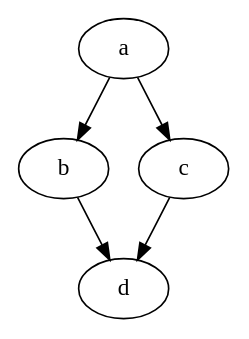
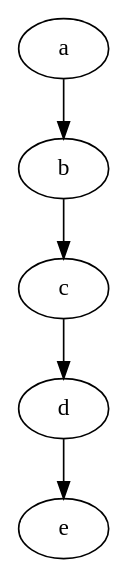
One commit to absternator/Task-Scheduler-Softeng306 changed the diagram in src/main/resources/graph1.dot. Above: the diagram before and after it, drawn with Graphviz.

Commit message:
add test case 1

```diff
--- a/src/main/resources/graph1.dot
+++ b/src/main/resources/graph1.dot
@@ -1,10 +1,11 @@
 digraph "example" {
-    a         [Weight=2];
-    b         [Weight=3];
-    a -> b    [Weight=1];
-    c         [Weight=3];
-    a -> c    [Weight=2];
-    d         [Weight=2];
-    b -> d    [Weight=2];
+    a         [Weight=1];
+    b         [Weight=1];
+    a -> b    [Weight=3];
+    c         [Weight=2];
+    b -> c    [Weight=2];
+    d         [Weight=3];
     c -> d    [Weight=1];
+    e         [Weight=2];
+    d -> e    [Weight=1];
 }
```
